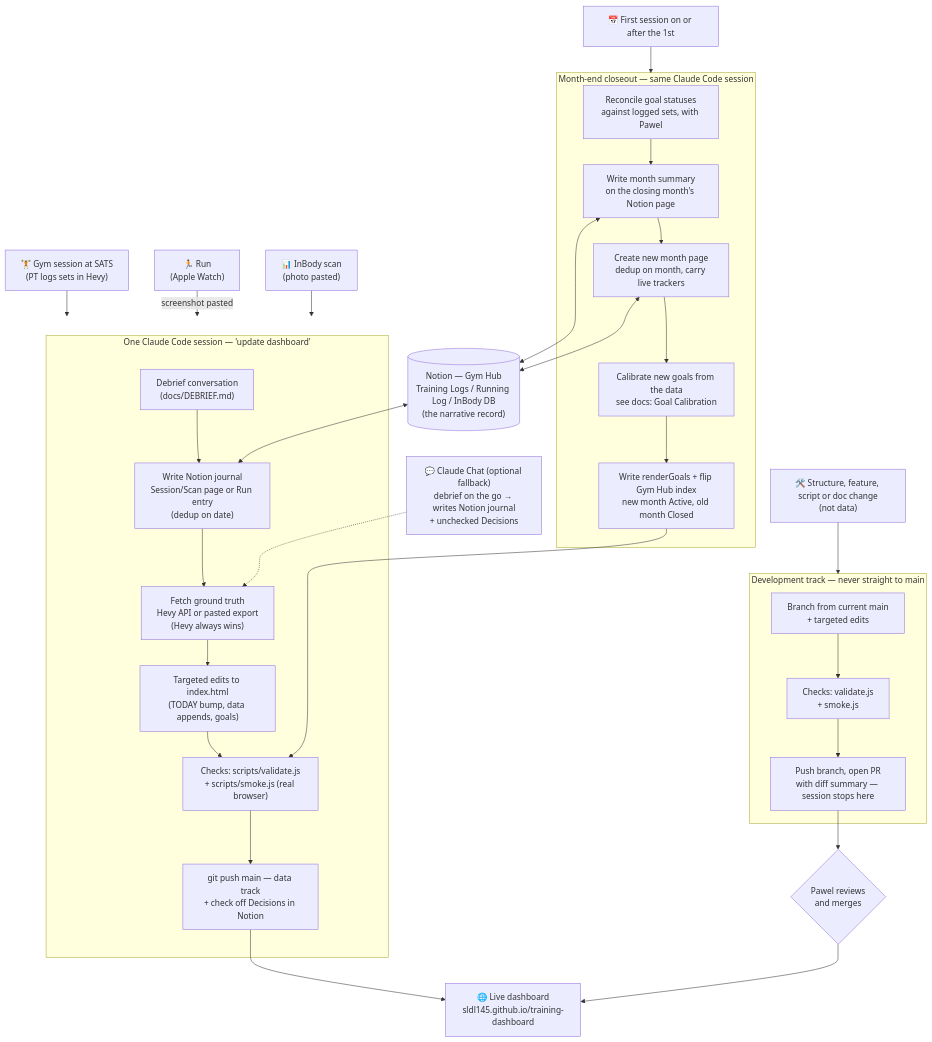
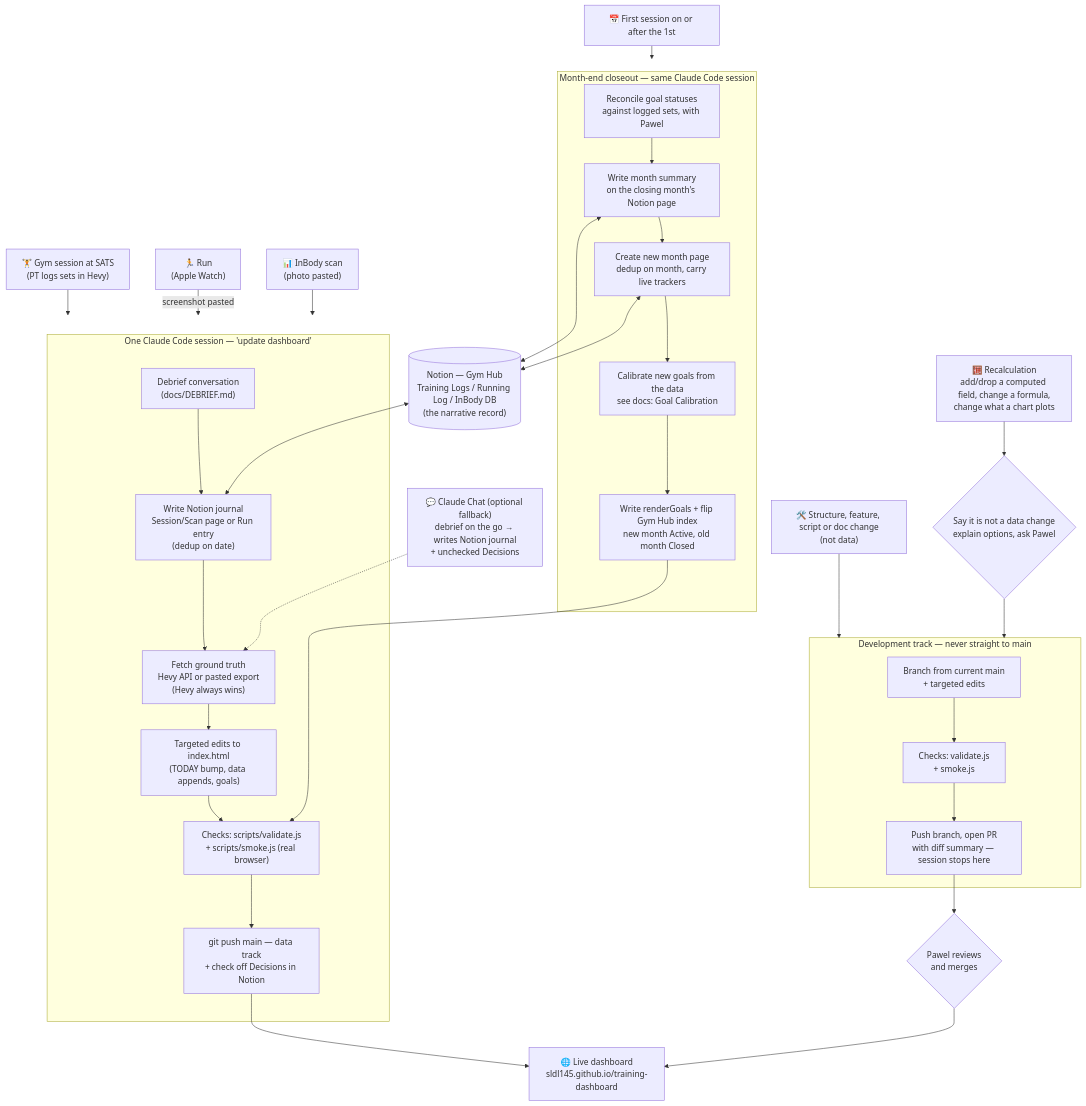
Before and after one commit to sldl145/training-dashboard: the diagram in README.md, drawn with Mermaid. The commit also changed other lines of this file and 3 other files, not shown here.

First line of the commit message:
Add the recalculation rule and the explain-as-you-go contract

````diff
--- a/README.md
+++ b/README.md
@@ -16,43 +16,45 @@
 ```mermaid
 flowchart TD
     GYM["🏋️ Gym session at SATS<br/>(PT logs sets in Hevy)"] --> SESSION
     RUN["🏃 Run<br/>(Apple Watch)"] -->|screenshot pasted| SESSION
     SCAN["📊 InBody scan<br/>(photo pasted)"] --> SESSION
 
     subgraph SESSION["One Claude Code session — 'update dashboard'"]
         D1["Debrief conversation<br/>(docs/DEBRIEF.md)"] --> D2["Write Notion journal<br/>Session/Scan page or Run entry<br/>(dedup on date)"]
         D2 --> D3["Fetch ground truth<br/>Hevy API or pasted export<br/>(Hevy always wins)"]
         D3 --> D4["Targeted edits to index.html<br/>(TODAY bump, data appends, goals)"]
         D4 --> D5["Checks: scripts/validate.js<br/>+ scripts/smoke.js (real browser)"]
         D5 --> D6["git push main — data track<br/>+ check off Decisions in Notion"]
     end
 
     CHAT["💬 Claude Chat (optional fallback)<br/>debrief on the go → writes Notion journal<br/>+ unchecked Decisions"] -.-> D3
 
     D6 --> LIVE["🌐 Live dashboard<br/>sldl145.github.io/training-dashboard"]
 
     DEV["🛠️ Structure, feature, script or doc change<br/>(not data)"] --> DEVTRACK
+    RECALC["🧮 Recalculation<br/>add/drop a computed field, change a formula,<br/>change what a chart plots"] --> ASK{"Say it is not a data change<br/>explain options, ask Pawel"}
+    ASK --> DEVTRACK
 
     subgraph DEVTRACK["Development track — never straight to main"]
         V1["Branch from current main<br/>+ targeted edits"] --> V2["Checks: validate.js<br/>+ smoke.js"]
         V2 --> V3["Push branch, open PR<br/>with diff summary — session stops here"]
     end
 
     V3 --> MERGE{"Pawel reviews<br/>and merges"}
     MERGE --> LIVE
 
     NOTION[("Notion — Gym Hub<br/>Training Logs / Running Log / InBody DB<br/>(the narrative record)")] <--> D2
 
     MONTH["📅 First session on or after the 1st"] --> CLOSE
 
     subgraph CLOSE["Month-end closeout — same Claude Code session"]
         C1["Reconcile goal statuses<br/>against logged sets, with Pawel"] --> C2["Write month summary<br/>on the closing month's Notion page"]
         C2 --> C3["Create new month page<br/>dedup on month, carry live trackers"]
         C3 --> C4["Calibrate new goals from the data<br/>see docs: Goal Calibration"]
         C4 --> C5["Write renderGoals + flip Gym Hub index<br/>new month Active, old month Closed"]
     end
 
     C5 --> D5
     C2 <--> NOTION
     C3 <--> NOTION
 ```
````
